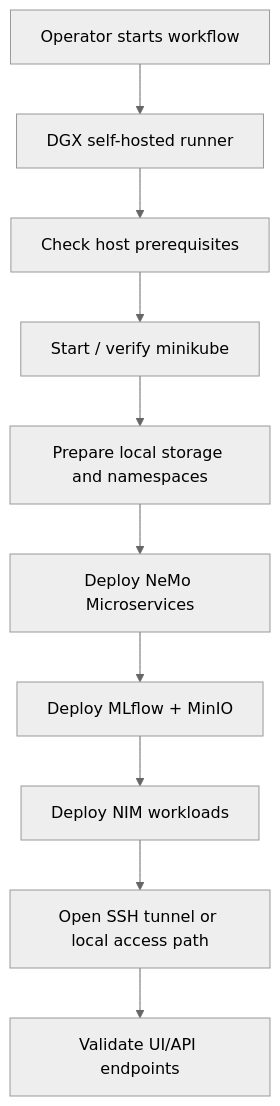
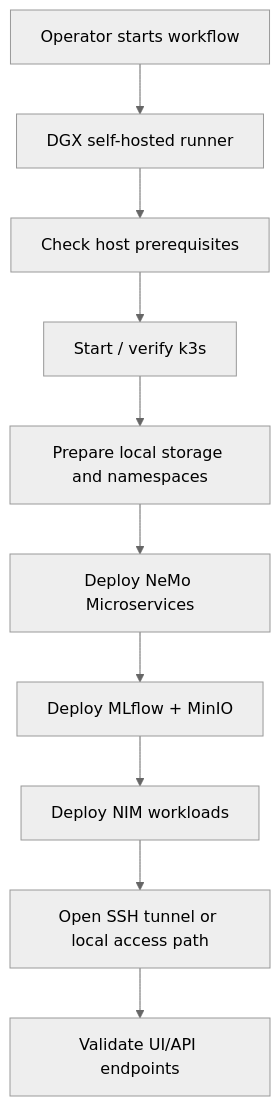
The fourth of 6 diagrams in docs/diagrams.md (miramar-labs-org/miramar-platform-gcp), drawn with Mermaid (neutral theme) before and after one commit. The commit also changed other lines of this file and 17 other files, not shown here.

````diff
--- a/docs/diagrams.md
+++ b/docs/diagrams.md
@@ -92,12 +92,12 @@
 ```mermaid
 flowchart TD
     Start["Operator starts workflow"] --> Runner["DGX self-hosted runner"]
     Runner --> Check["Check host prerequisites"]
-    Check --> Minikube["Start / verify minikube"]
-    Minikube --> Storage["Prepare local storage and namespaces"]
+    Check --> K3s["Start / verify k3s"]
+    K3s --> Storage["Prepare local storage and namespaces"]
     Storage --> Nemo["Deploy NeMo Microservices"]
     Nemo --> MLflow["Deploy MLflow + MinIO"]
     MLflow --> NIM["Deploy NIM workloads"]
     NIM --> Tunnel["Open SSH tunnel or local access path"]
     Tunnel --> Validate["Validate UI/API endpoints"]
 ```
````
